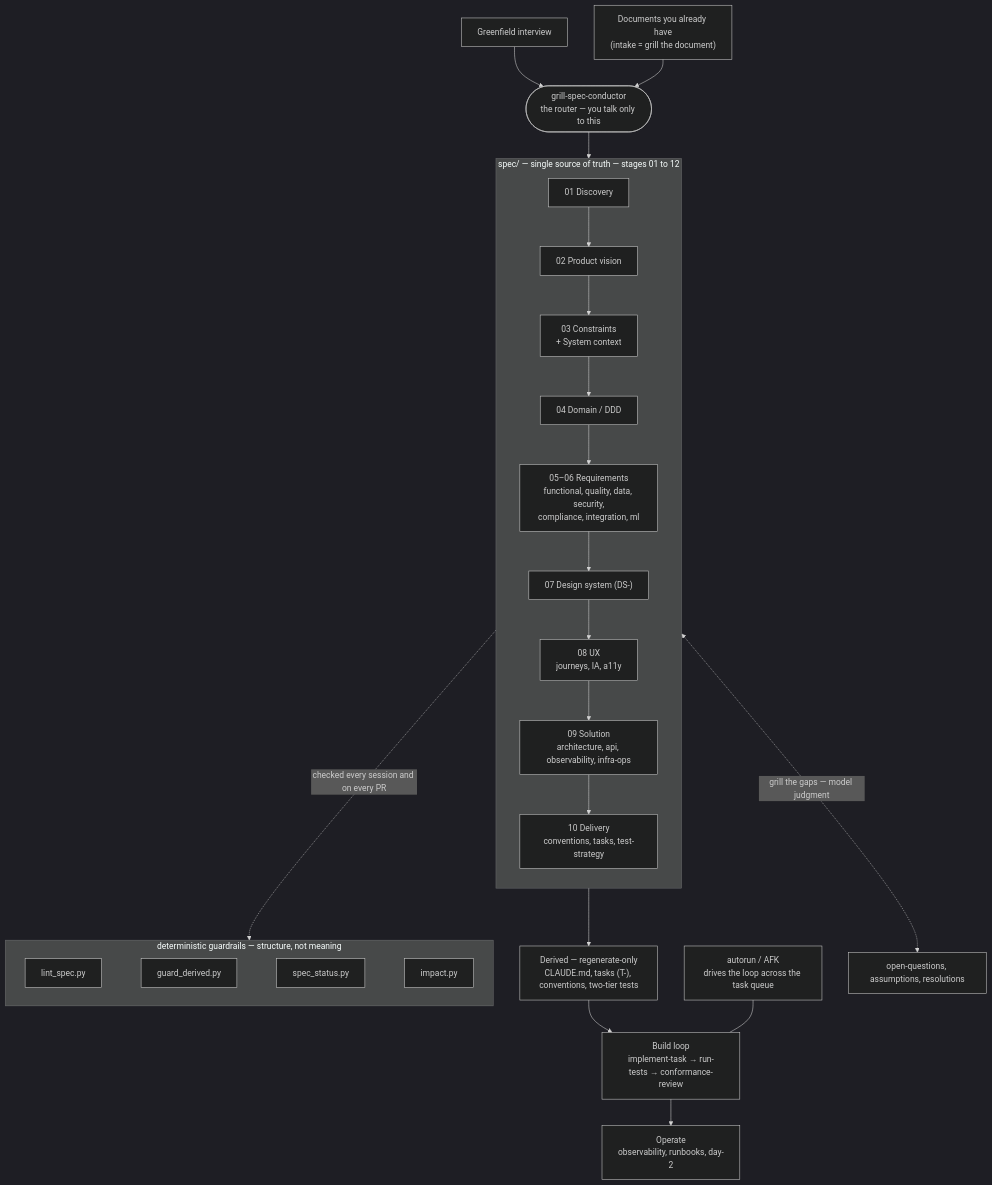
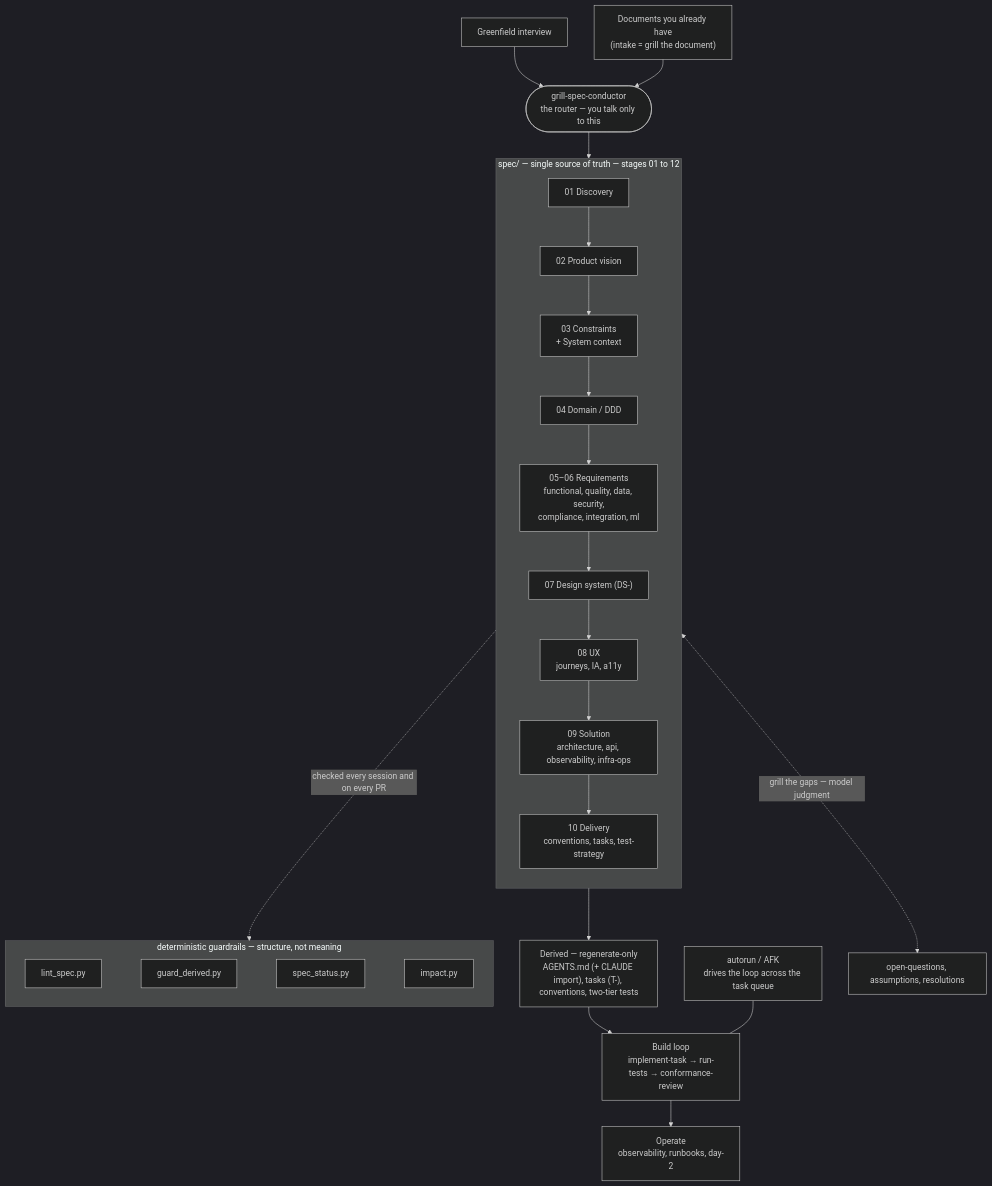
The diagram in plugin/docs/HOW-IT-WORKS.md (ivanmrva/grillspec), drawn with Mermaid (dark theme) before and after one commit. The commit also changed other lines of this file and 127 other files, not shown here.

````diff
--- a/plugin/docs/HOW-IT-WORKS.md
+++ b/plugin/docs/HOW-IT-WORKS.md
@@ -15,36 +15,36 @@
 ```mermaid
 flowchart TB
   I1["Greenfield interview"]
   I2["Documents you already have<br/>(intake = grill the document)"]
   C(["grill-spec-conductor<br/>the router — you talk only to this"])
   I1 --> C
   I2 --> C
 
   subgraph PIPE["spec/ — single source of truth — stages 01 to 12"]
     direction TB
     P1["01 Discovery"] --> P2["02 Product vision"] --> PF["03 Constraints<br/>+ System context"] --> P3["04 Domain / DDD"]
     P3 --> P4["05–06 Requirements<br/>functional, quality, data, security,<br/>compliance, integration, ml"]
     P4 --> P4a["07 Design system (DS-)"] --> P4b["08 UX<br/>journeys, IA, a11y"]
     P4b --> P5["09 Solution<br/>architecture, api, observability, infra-ops"]
     P5 --> P6["10 Delivery<br/>conventions, tasks, test-strategy"]
   end
   C --> PIPE
 
-  P6 --> D["Derived — regenerate-only<br/>CLAUDE.md, tasks (T-), conventions, two-tier tests"]
+  P6 --> D["Derived — regenerate-only<br/>AGENTS.md (+ CLAUDE import), tasks (T-), conventions, two-tier tests"]
   D --> B["Build loop<br/>implement-task → run-tests → conformance-review"]
   AF["autorun / AFK<br/>drives the loop across the task queue"] --- B
   B --> OPS["Operate<br/>observability, runbooks, day-2"]
 
   G1["lint_spec.py"]
   G2["guard_derived.py"]
   G3["spec_status.py"]
   G4["impact.py"]
   subgraph GUARD["deterministic guardrails — structure, not meaning"]
     direction LR
     G1 ~~~ G2 ~~~ G3 ~~~ G4
   end
   PIPE -. "checked every session and on every PR" .-> GUARD
 
   Q["open-questions, assumptions, resolutions"]
   PIPE <-. "grill the gaps — model judgment" .-> Q
 ```
````
